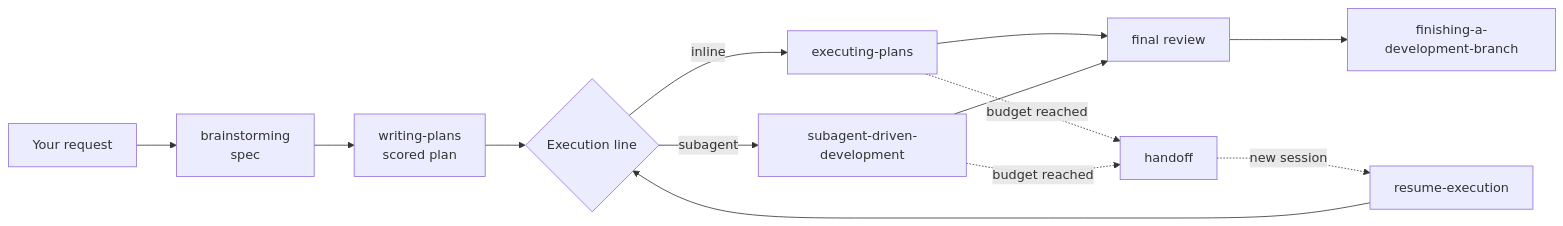
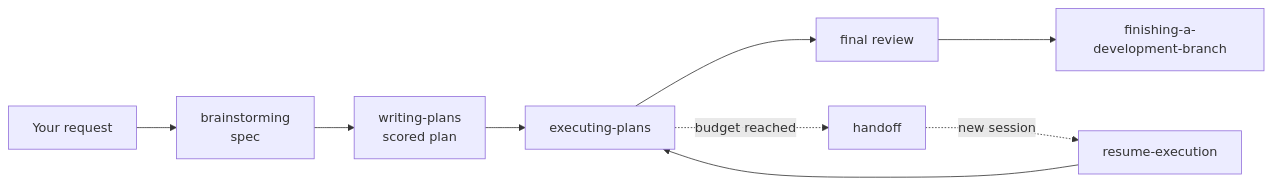
One commit to darkraise/darkraise-ai-plugins changed the diagram in README.md. Above: the diagram before and after it, drawn with Mermaid. The commit also changed other lines of this file and 78 other files, not shown here.

First line of the commit message:
refactor(dforge): retire subagent execution mode

````diff
--- a/README.md
+++ b/README.md
@@ -82,15 +82,11 @@
 ```mermaid
 flowchart LR
   A[Your request] --> B[brainstorming<br/>spec]
   B --> C[writing-plans<br/>scored plan]
-  C --> D{Execution line}
-  D -->|inline| E[executing-plans]
-  D -->|subagent| F[subagent-driven-development]
+  C --> E[executing-plans]
   E --> G[final review]
-  F --> G
   G --> H[finishing-a-development-branch]
   E -. budget reached .-> I[handoff]
-  F -. budget reached .-> I
   I -. new session .-> J[resume-execution]
-  J --> D
+  J --> E
 ```
````
